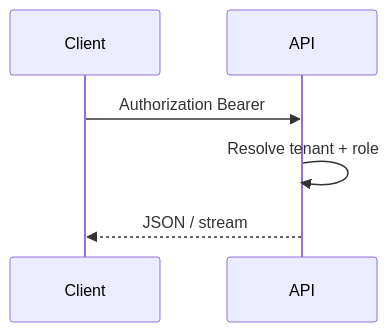
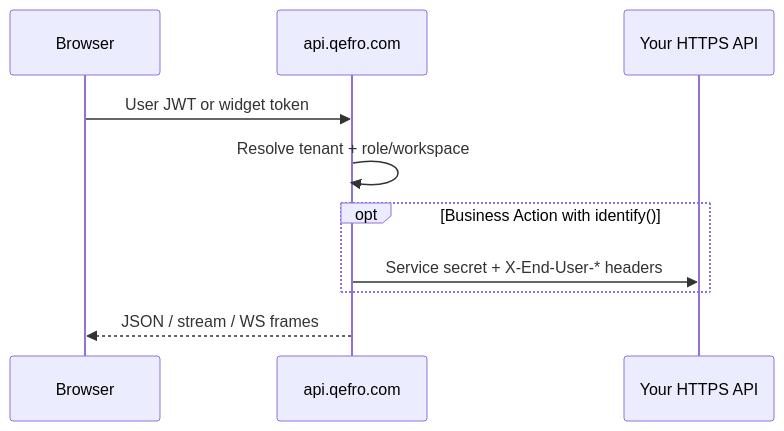
The diagram in docs/api/authentication.mdx (qefro-ai/qefro-documentation), drawn with Mermaid before and after one commit. The commit also changed other lines of this file and 3 other files, not shown here.

````diff
--- a/docs/api/authentication.mdx
+++ b/docs/api/authentication.mdx
@@ -45,8 +39,12 @@
 ```mermaid
 sequenceDiagram
-  participant Client
-  participant API
-  Client->>API: Authorization Bearer
-  API->>API: Resolve tenant + role
-  API-->>Client: JSON / stream
+  participant Browser
+  participant API as api.qefro.com
+  participant Tools as Your HTTPS API
+  Browser->>API: User JWT or widget token
+  API->>API: Resolve tenant + role/workspace
+  opt Business Action with identify()
+    API->>Tools: Service secret + X-End-User-* headers
+  end
+  API-->>Browser: JSON / stream / WS frames
 ```
````
